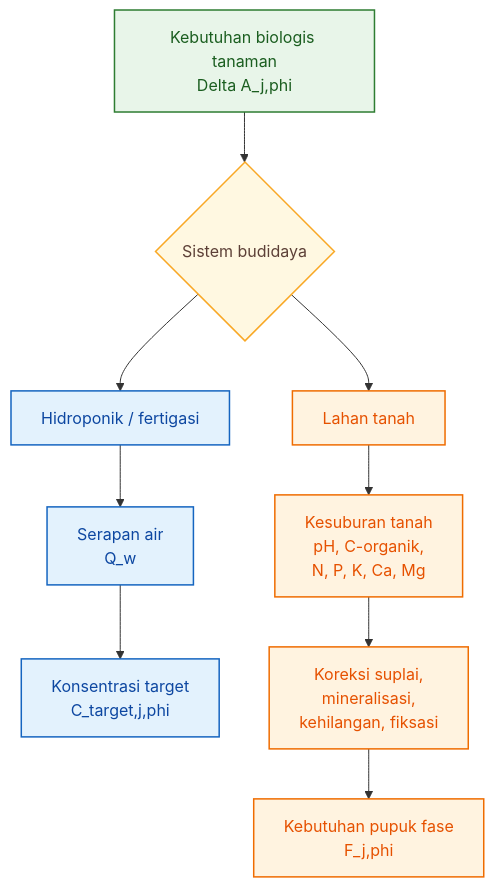
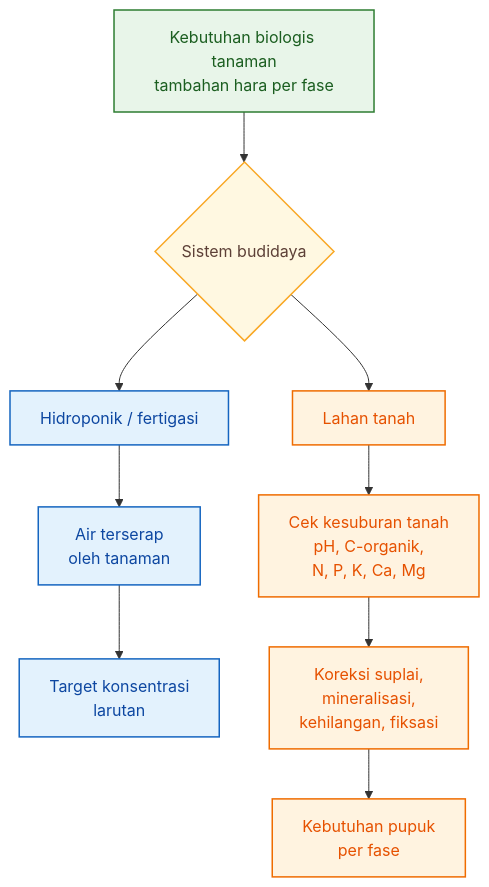
Before and after one commit to slametsampon/kawruhnology: diagram 12 of 15 in content/blog/agri/kebon/model-formula-hara.mdx, drawn with Mermaid. The commit also changed other lines of this file and 4 other files, not shown here.

````diff
--- a/content/blog/agri/kebon/model-formula-hara.mdx
+++ b/content/blog/agri/kebon/model-formula-hara.mdx
@@ -3571,23 +3348,23 @@
 ```mermaid id="bab9-adaptasi-lahan"
 flowchart TD
-    A["Kebutuhan biologis tanaman<br/>Delta A_j,phi"] --> B{"Sistem budidaya"}
+    A["Kebutuhan biologis tanaman<br/>tambahan hara per fase"] --> B{"Sistem budidaya"}
 
     B --> C["Hidroponik / fertigasi"]
-    C --> D["Serapan air<br/>Q_w"]
-    D --> E["Konsentrasi target<br/>C_target,j,phi"]
+    C --> D["Air terserap<br/>oleh tanaman"]
+    D --> E["Target konsentrasi<br/>larutan"]
 
     B --> F["Lahan tanah"]
-    F --> G["Kesuburan tanah<br/>pH, C-organik,<br/>N, P, K, Ca, Mg"]
+    F --> G["Cek kesuburan tanah<br/>pH, C-organik,<br/>N, P, K, Ca, Mg"]
     G --> H["Koreksi suplai,<br/>mineralisasi,<br/>kehilangan, fiksasi"]
-    H --> I["Kebutuhan pupuk fase<br/>F_j,phi"]
+    H --> I["Kebutuhan pupuk<br/>per fase"]
 
     classDef dasar fill:#E8F5E9,stroke:#2E7D32,stroke-width:1.5px,color:#1B5E20;
     classDef pilih fill:#FFF8E1,stroke:#F9A825,stroke-width:1.5px,color:#5D4037;
     classDef hidro fill:#E3F2FD,stroke:#1565C0,stroke-width:1.5px,color:#0D47A1;
     classDef tanah fill:#FFF3E0,stroke:#EF6C00,stroke-width:1.5px,color:#E65100;
 
     class A dasar;
     class B pilih;
     class C,D,E hidro;
     class F,G,H,I tanah;
 ```
````
